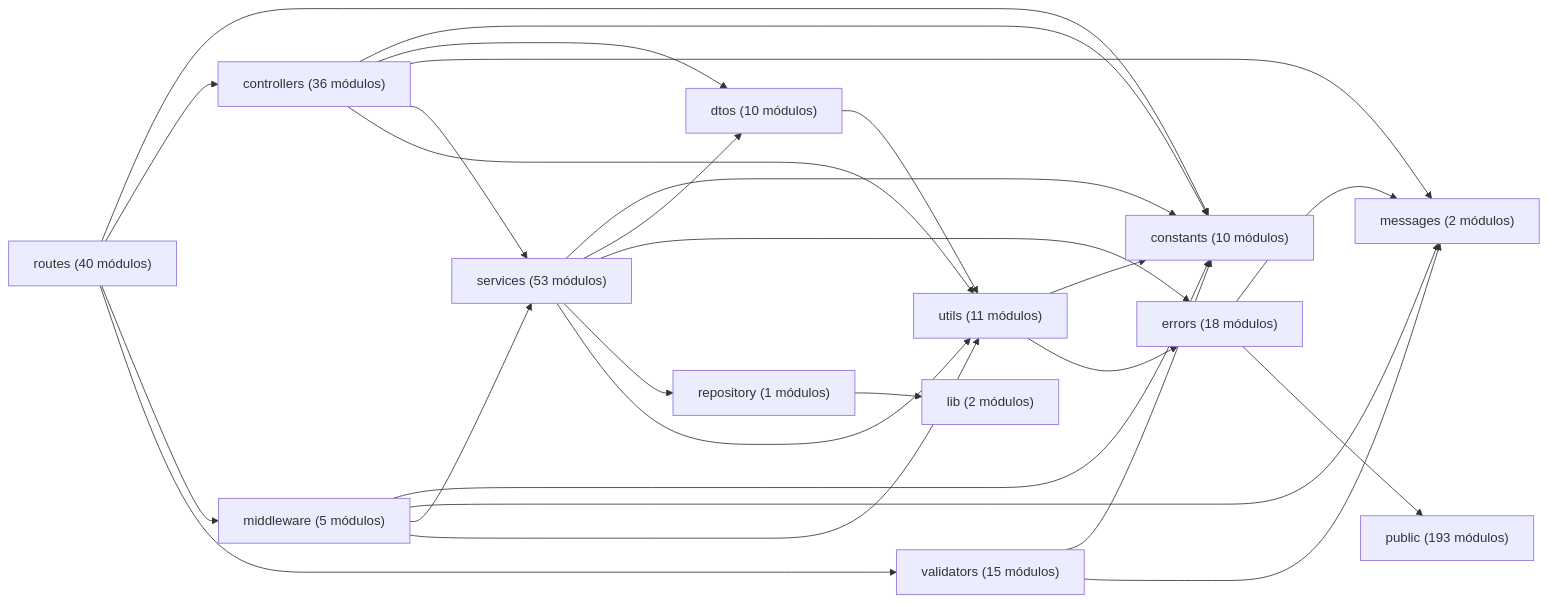
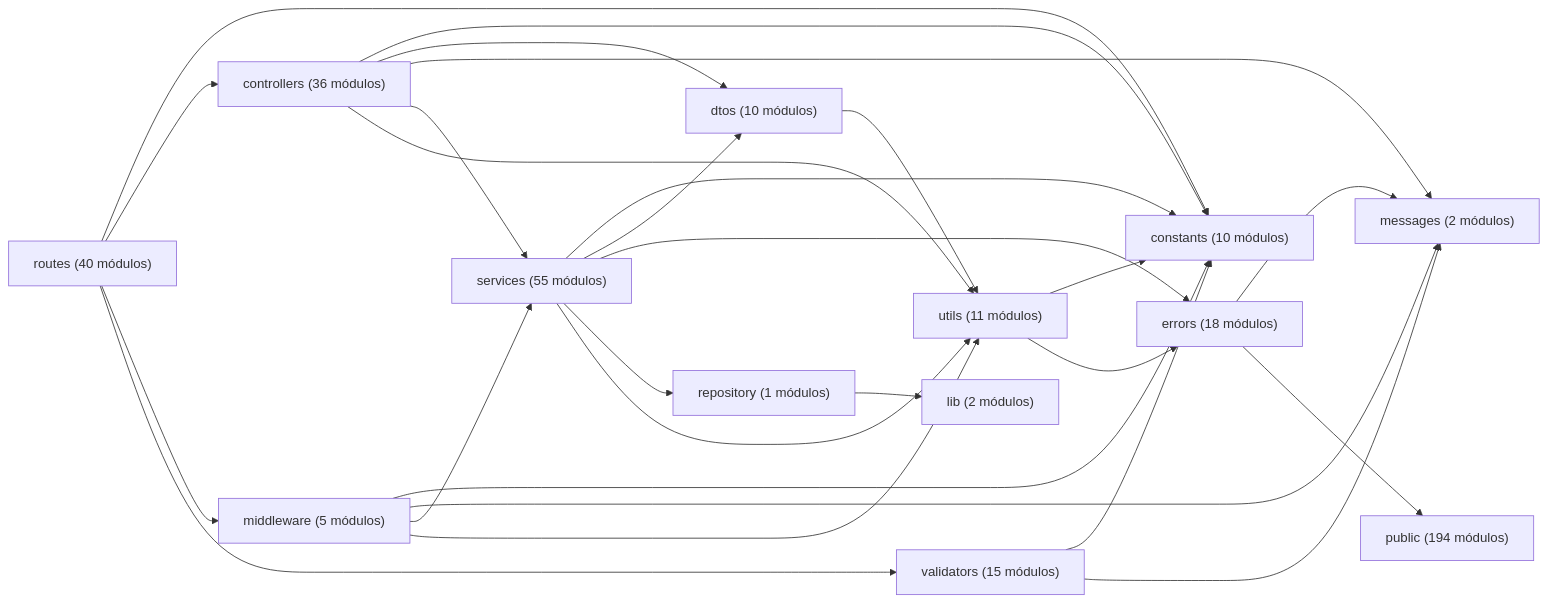
Before and after one commit to gpgsistemas01/nexus: the diagram in docs/architecture/views/development/code-map.md, drawn with Mermaid. The commit also changed other lines of this file and 91 other files, not shown here.

````diff
--- a/docs/architecture/views/development/code-map.md
+++ b/docs/architecture/views/development/code-map.md
@@ -14,29 +14,29 @@
 ```mermaid
 flowchart LR
     controllers["controllers (36 módulos)"] --> constants["constants (10 módulos)"]
     controllers["controllers (36 módulos)"] --> dtos["dtos (10 módulos)"]
     controllers["controllers (36 módulos)"] --> messages["messages (2 módulos)"]
-    controllers["controllers (36 módulos)"] --> services["services (53 módulos)"]
+    controllers["controllers (36 módulos)"] --> services["services (55 módulos)"]
     controllers["controllers (36 módulos)"] --> utils["utils (11 módulos)"]
     dtos["dtos (10 módulos)"] --> utils["utils (11 módulos)"]
     errors["errors (18 módulos)"] --> messages["messages (2 módulos)"]
-    errors["errors (18 módulos)"] --> public["public (193 módulos)"]
+    errors["errors (18 módulos)"] --> public["public (194 módulos)"]
     middleware["middleware (5 módulos)"] --> constants["constants (10 módulos)"]
     middleware["middleware (5 módulos)"] --> messages["messages (2 módulos)"]
-    middleware["middleware (5 módulos)"] --> services["services (53 módulos)"]
+    middleware["middleware (5 módulos)"] --> services["services (55 módulos)"]
     middleware["middleware (5 módulos)"] --> utils["utils (11 módulos)"]
     repository["repository (1 módulos)"] --> lib["lib (2 módulos)"]
     routes["routes (40 módulos)"] --> constants["constants (10 módulos)"]
     routes["routes (40 módulos)"] --> controllers["controllers (36 módulos)"]
     routes["routes (40 módulos)"] --> middleware["middleware (5 módulos)"]
     routes["routes (40 módulos)"] --> validators["validators (15 módulos)"]
-    services["services (53 módulos)"] --> constants["constants (10 módulos)"]
-    services["services (53 módulos)"] --> dtos["dtos (10 módulos)"]
-    services["services (53 módulos)"] --> errors["errors (18 módulos)"]
-    services["services (53 módulos)"] --> repository["repository (1 módulos)"]
-    services["services (53 módulos)"] --> utils["utils (11 módulos)"]
+    services["services (55 módulos)"] --> constants["constants (10 módulos)"]
+    services["services (55 módulos)"] --> dtos["dtos (10 módulos)"]
+    services["services (55 módulos)"] --> errors["errors (18 módulos)"]
+    services["services (55 módulos)"] --> repository["repository (1 módulos)"]
+    services["services (55 módulos)"] --> utils["utils (11 módulos)"]
     utils["utils (11 módulos)"] --> constants["constants (10 módulos)"]
     utils["utils (11 módulos)"] --> errors["errors (18 módulos)"]
     validators["validators (15 módulos)"] --> constants["constants (10 módulos)"]
     validators["validators (15 módulos)"] --> messages["messages (2 módulos)"]
 ```
````
